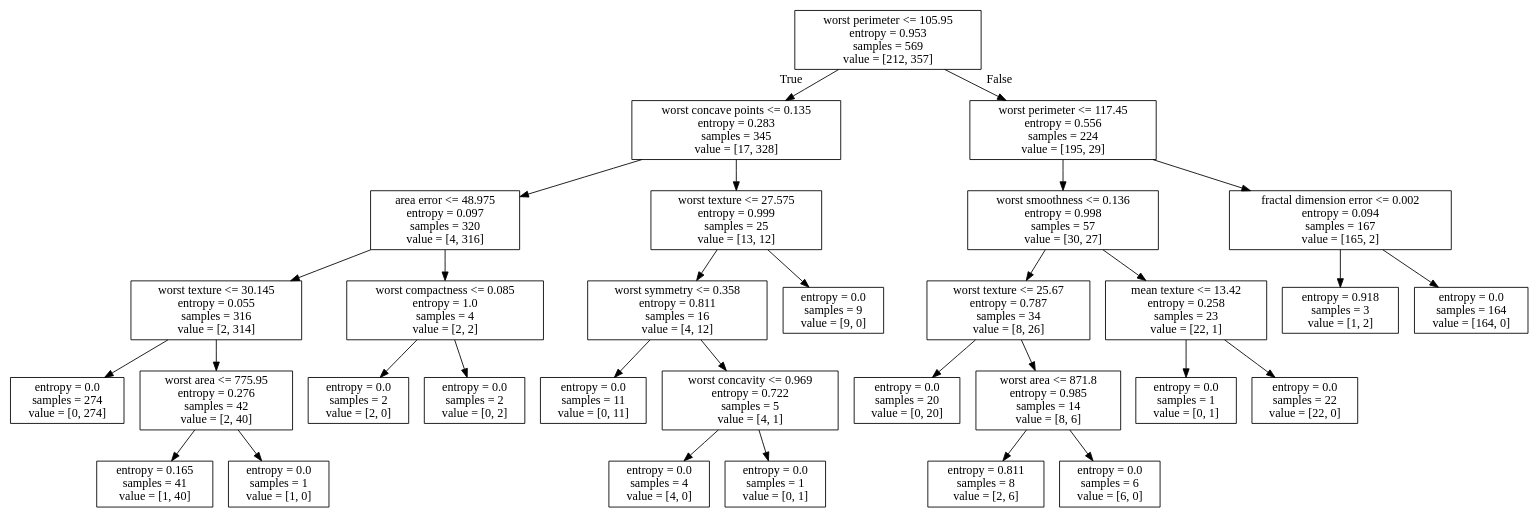
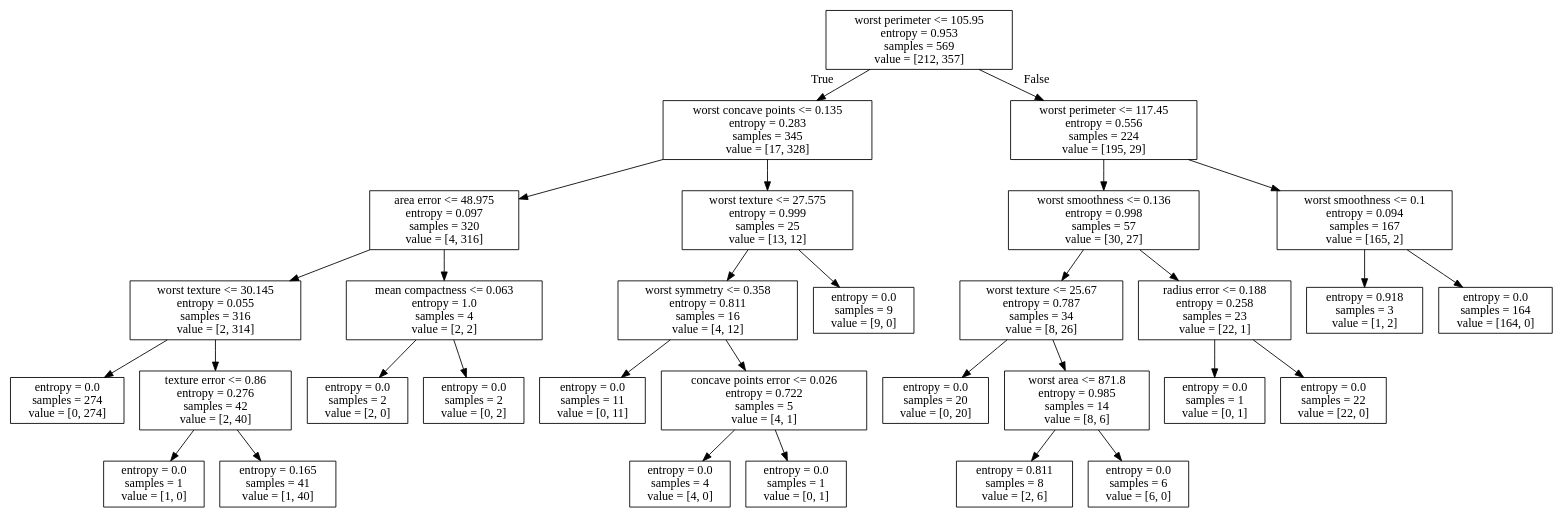
Before and after one commit to gomljo/DecisionTreeForPaper: the diagram in result/scikit-learn dot/breast cancer result.dot, drawn with Graphviz. The commit also changed 8 other files, not shown here.

```diff
--- a/result/scikit-learn dot/breast cancer result.dot
+++ b/result/scikit-learn dot/breast cancer result.dot
@@ -1,64 +1,64 @@
 digraph Tree {
 node [shape=box] ;
 0 [label="worst perimeter <= 105.95\nentropy = 0.953\nsamples = 569\nvalue = [212, 357]"] ;
 1 [label="worst concave points <= 0.135\nentropy = 0.283\nsamples = 345\nvalue = [17, 328]"] ;
 0 -> 1 [labeldistance=2.5, labelangle=45, headlabel="True"] ;
 2 [label="area error <= 48.975\nentropy = 0.097\nsamples = 320\nvalue = [4, 316]"] ;
 1 -> 2 ;
 3 [label="worst texture <= 30.145\nentropy = 0.055\nsamples = 316\nvalue = [2, 314]"] ;
 2 -> 3 ;
 4 [label="entropy = 0.0\nsamples = 274\nvalue = [0, 274]"] ;
 3 -> 4 ;
-5 [label="worst area <= 775.95\nentropy = 0.276\nsamples = 42\nvalue = [2, 40]"] ;
+5 [label="texture error <= 0.86\nentropy = 0.276\nsamples = 42\nvalue = [2, 40]"] ;
 3 -> 5 ;
-6 [label="entropy = 0.165\nsamples = 41\nvalue = [1, 40]"] ;
+6 [label="entropy = 0.0\nsamples = 1\nvalue = [1, 0]"] ;
 5 -> 6 ;
-7 [label="entropy = 0.0\nsamples = 1\nvalue = [1, 0]"] ;
+7 [label="entropy = 0.165\nsamples = 41\nvalue = [1, 40]"] ;
 5 -> 7 ;
-8 [label="worst compactness <= 0.085\nentropy = 1.0\nsamples = 4\nvalue = [2, 2]"] ;
+8 [label="mean compactness <= 0.063\nentropy = 1.0\nsamples = 4\nvalue = [2, 2]"] ;
 2 -> 8 ;
 9 [label="entropy = 0.0\nsamples = 2\nvalue = [2, 0]"] ;
 8 -> 9 ;
 10 [label="entropy = 0.0\nsamples = 2\nvalue = [0, 2]"] ;
 8 -> 10 ;
 11 [label="worst texture <= 27.575\nentropy = 0.999\nsamples = 25\nvalue = [13, 12]"] ;
 1 -> 11 ;
 12 [label="worst symmetry <= 0.358\nentropy = 0.811\nsamples = 16\nvalue = [4, 12]"] ;
 11 -> 12 ;
 13 [label="entropy = 0.0\nsamples = 11\nvalue = [0, 11]"] ;
 12 -> 13 ;
-14 [label="worst concavity <= 0.969\nentropy = 0.722\nsamples = 5\nvalue = [4, 1]"] ;
+14 [label="concave points error <= 0.026\nentropy = 0.722\nsamples = 5\nvalue = [4, 1]"] ;
 12 -> 14 ;
 15 [label="entropy = 0.0\nsamples = 4\nvalue = [4, 0]"] ;
 14 -> 15 ;
 16 [label="entropy = 0.0\nsamples = 1\nvalue = [0, 1]"] ;
 14 -> 16 ;
 17 [label="entropy = 0.0\nsamples = 9\nvalue = [9, 0]"] ;
 11 -> 17 ;
 18 [label="worst perimeter <= 117.45\nentropy = 0.556\nsamples = 224\nvalue = [195, 29]"] ;
 0 -> 18 [labeldistance=2.5, labelangle=-45, headlabel="False"] ;
 19 [label="worst smoothness <= 0.136\nentropy = 0.998\nsamples = 57\nvalue = [30, 27]"] ;
 18 -> 19 ;
 20 [label="worst texture <= 25.67\nentropy = 0.787\nsamples = 34\nvalue = [8, 26]"] ;
 19 -> 20 ;
 21 [label="entropy = 0.0\nsamples = 20\nvalue = [0, 20]"] ;
 20 -> 21 ;
 22 [label="worst area <= 871.8\nentropy = 0.985\nsamples = 14\nvalue = [8, 6]"] ;
 20 -> 22 ;
 23 [label="entropy = 0.811\nsamples = 8\nvalue = [2, 6]"] ;
 22 -> 23 ;
 24 [label="entropy = 0.0\nsamples = 6\nvalue = [6, 0]"] ;
 22 -> 24 ;
-25 [label="mean texture <= 13.42\nentropy = 0.258\nsamples = 23\nvalue = [22, 1]"] ;
+25 [label="radius error <= 0.188\nentropy = 0.258\nsamples = 23\nvalue = [22, 1]"] ;
 19 -> 25 ;
 26 [label="entropy = 0.0\nsamples = 1\nvalue = [0, 1]"] ;
 25 -> 26 ;
 27 [label="entropy = 0.0\nsamples = 22\nvalue = [22, 0]"] ;
 25 -> 27 ;
-28 [label="fractal dimension error <= 0.002\nentropy = 0.094\nsamples = 167\nvalue = [165, 2]"] ;
+28 [label="worst smoothness <= 0.1\nentropy = 0.094\nsamples = 167\nvalue = [165, 2]"] ;
 18 -> 28 ;
 29 [label="entropy = 0.918\nsamples = 3\nvalue = [1, 2]"] ;
 28 -> 29 ;
 30 [label="entropy = 0.0\nsamples = 164\nvalue = [164, 0]"] ;
 28 -> 30 ;
 }
```
